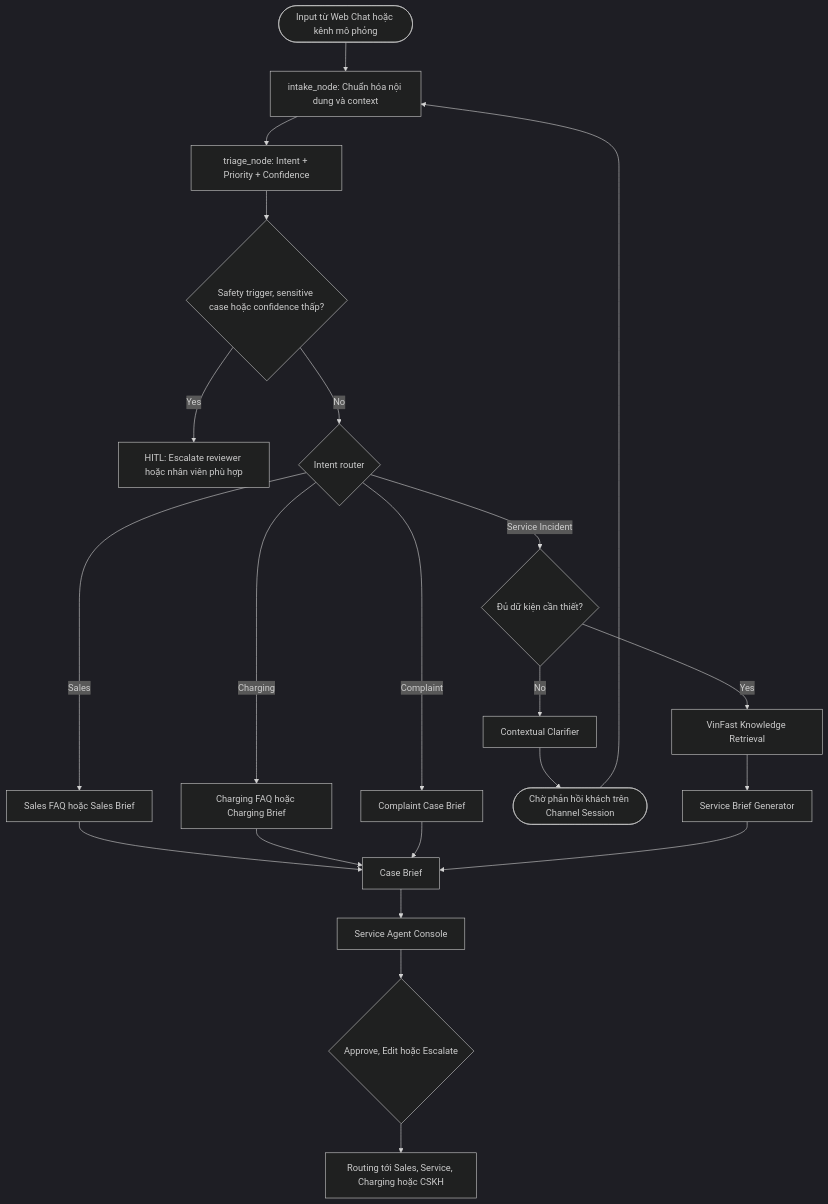
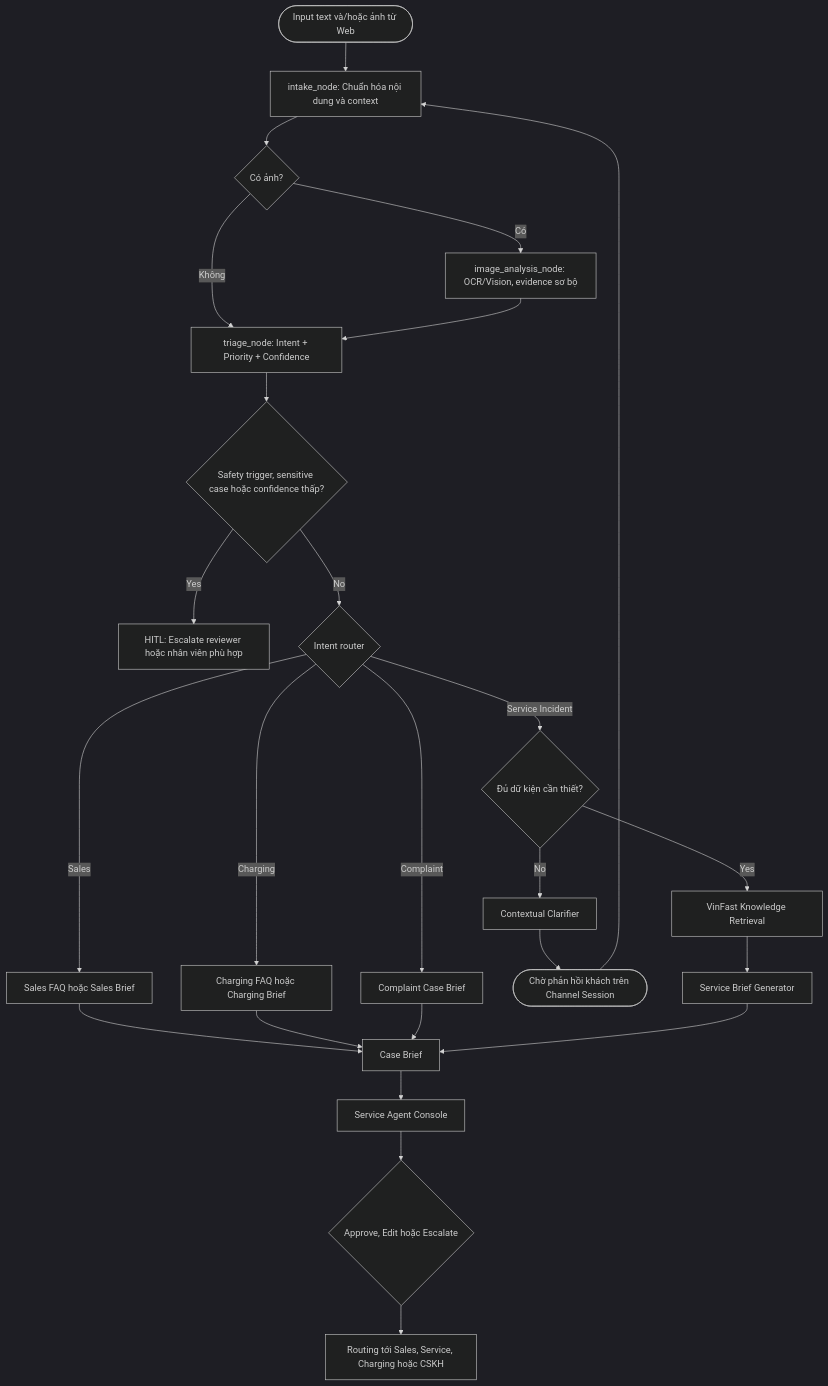
The second of 2 diagrams in docs/architecture_diagram.md (TheViet298/viet-ai), drawn with Mermaid (dark theme) before and after one commit. The commit also changed other lines of this file and 14 other files, not shown here.

Commit message:
docs: update architecture, design, and specifications

````diff
--- a/docs/architecture_diagram.md
+++ b/docs/architecture_diagram.md
@@ -86,31 +92,34 @@
 ```mermaid
 graph TD
-    START([Input từ Web Chat hoặc kênh mô phỏng]) --> intake[intake_node: Chuẩn hóa nội dung và context]
-    intake --> triage[triage_node: Intent + Priority + Confidence]
+    START([Input text và/hoặc ảnh từ Web]) --> intake[intake_node: Chuẩn hóa nội dung và context]
+    intake --> image{Có ảnh?}
+    image -->|Có| vision[image_analysis_node: OCR/Vision, evidence sơ bộ]
+    image -->|Không| triage
+    vision --> triage[triage_node: Intent + Priority + Confidence]
 
     triage --> safety{Safety trigger, sensitive case hoặc confidence thấp?}
     safety -- Yes --> hitl[HITL: Escalate reviewer hoặc nhân viên phù hợp]
 
     safety -- No --> route{Intent router}
 
     route -- Sales --> sales_rag[Sales FAQ hoặc Sales Brief]
     route -- Charging --> charging_rag[Charging FAQ hoặc Charging Brief]
     route -- Complaint --> complaint_brief[Complaint Case Brief]
     route -- Service Incident --> slot{Đủ dữ kiện cần thiết?}
 
     slot -- No --> clarify[Contextual Clarifier]
     clarify --> wait([Chờ phản hồi khách trên Channel Session])
     wait --> intake
 
     slot -- Yes --> service_rag[VinFast Knowledge Retrieval]
     service_rag --> service_brief[Service Brief Generator]
 
     sales_rag --> case_brief[Case Brief]
     charging_rag --> case_brief
     complaint_brief --> case_brief
     service_brief --> case_brief
 
     case_brief --> console[Service Agent Console]
     console --> reviewer{Approve, Edit hoặc Escalate}
     reviewer --> dispatch[Routing tới Sales, Service, Charging hoặc CSKH]
 ```
````
